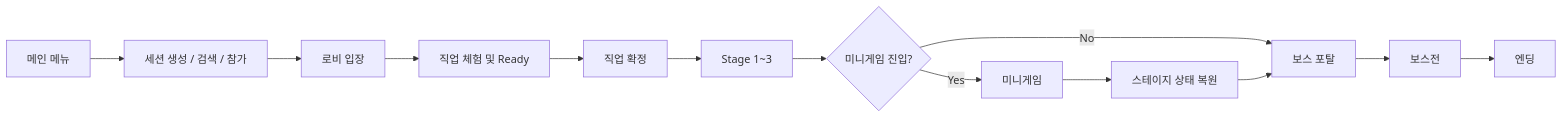
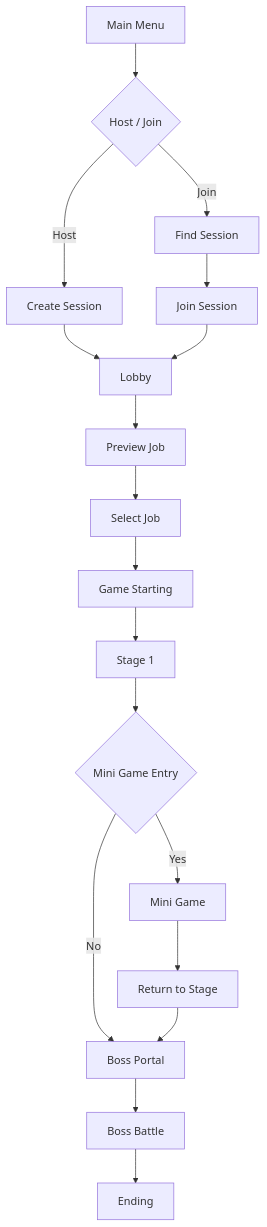
One commit to Wandukong22/BangSquad changed the diagram in README.md. Above: the diagram before and after it, drawn with Mermaid. The commit also changed other lines of this file, not shown here.

````diff
--- a/README.md
+++ b/README.md
@@ -33,15 +493,20 @@
 ```mermaid
-flowchart LR
-    A[메인 메뉴] --> B[세션 생성 / 검색 / 참가]
-    B --> C[로비 입장]
-    C --> D[직업 체험 및 Ready]
-    D --> E[직업 확정]
-    E --> F[Stage 1~3]
-    F --> G{미니게임 진입?}
-    G -- Yes --> H[미니게임]
-    H --> I[스테이지 상태 복원]
-    G -- No --> J[보스 포탈]
-    I --> J
-    J --> K[보스전]
-    K --> L[엔딩]
+flowchart TD
+    A[Main Menu] --> B{Host / Join}
+    B -->|Host| C[Create Session]
+    B -->|Join| D[Find Session]
+    D --> E[Join Session]
+    C --> F[Lobby]
+    E --> F
+    F --> G[Preview Job]
+    G --> H[Select Job]
+    H --> I[Game Starting]
+    I --> J[Stage 1]
+    J --> K{Mini Game Entry}
+    K -->|Yes| L[Mini Game]
+    L --> M[Return to Stage]
+    K -->|No| N[Boss Portal]
+    M --> N
+    N --> O[Boss Battle]
+    O --> P[Ending]
 ```
````
